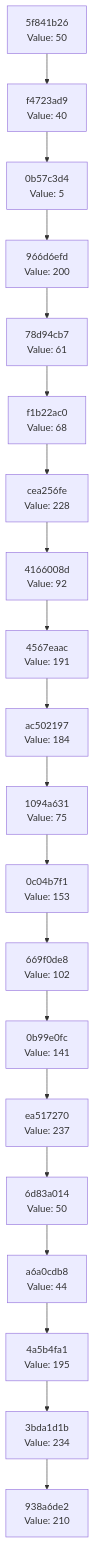
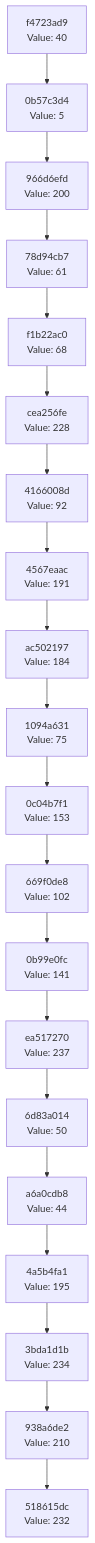
The diagram in docs/CHAIN_VISUALIZATION.md (Abhisheksinha1506/hash-chain-evolver), drawn with Mermaid before and after one commit. The commit also changed 3 other files, not shown here.

````diff
--- a/docs/CHAIN_VISUALIZATION.md
+++ b/docs/CHAIN_VISUALIZATION.md
@@ -3,42 +3,42 @@
 ```mermaid
 graph TD
-    C0["938a6de2<br/>Value: 210"]
-    C1["3bda1d1b<br/>Value: 234"]
+    C0["518615dc<br/>Value: 232"]
+    C1["938a6de2<br/>Value: 210"]
     C1 --> C0
-    C2["4a5b4fa1<br/>Value: 195"]
+    C2["3bda1d1b<br/>Value: 234"]
     C2 --> C1
-    C3["a6a0cdb8<br/>Value: 44"]
+    C3["4a5b4fa1<br/>Value: 195"]
     C3 --> C2
-    C4["6d83a014<br/>Value: 50"]
+    C4["a6a0cdb8<br/>Value: 44"]
     C4 --> C3
-    C5["ea517270<br/>Value: 237"]
+    C5["6d83a014<br/>Value: 50"]
     C5 --> C4
-    C6["0b99e0fc<br/>Value: 141"]
+    C6["ea517270<br/>Value: 237"]
     C6 --> C5
-    C7["669f0de8<br/>Value: 102"]
+    C7["0b99e0fc<br/>Value: 141"]
     C7 --> C6
-    C8["0c04b7f1<br/>Value: 153"]
+    C8["669f0de8<br/>Value: 102"]
     C8 --> C7
-    C9["1094a631<br/>Value: 75"]
+    C9["0c04b7f1<br/>Value: 153"]
     C9 --> C8
-    C10["ac502197<br/>Value: 184"]
+    C10["1094a631<br/>Value: 75"]
     C10 --> C9
-    C11["4567eaac<br/>Value: 191"]
+    C11["ac502197<br/>Value: 184"]
     C11 --> C10
-    C12["4166008d<br/>Value: 92"]
+    C12["4567eaac<br/>Value: 191"]
     C12 --> C11
-    C13["cea256fe<br/>Value: 228"]
+    C13["4166008d<br/>Value: 92"]
     C13 --> C12
-    C14["f1b22ac0<br/>Value: 68"]
+    C14["cea256fe<br/>Value: 228"]
     C14 --> C13
-    C15["78d94cb7<br/>Value: 61"]
+    C15["f1b22ac0<br/>Value: 68"]
     C15 --> C14
-    C16["966d6efd<br/>Value: 200"]
+    C16["78d94cb7<br/>Value: 61"]
     C16 --> C15
-    C17["0b57c3d4<br/>Value: 5"]
+    C17["966d6efd<br/>Value: 200"]
     C17 --> C16
-    C18["f4723ad9<br/>Value: 40"]
+    C18["0b57c3d4<br/>Value: 5"]
     C18 --> C17
-    C19["5f841b26<br/>Value: 50"]
+    C19["f4723ad9<br/>Value: 40"]
     C19 --> C18
 ```
````
